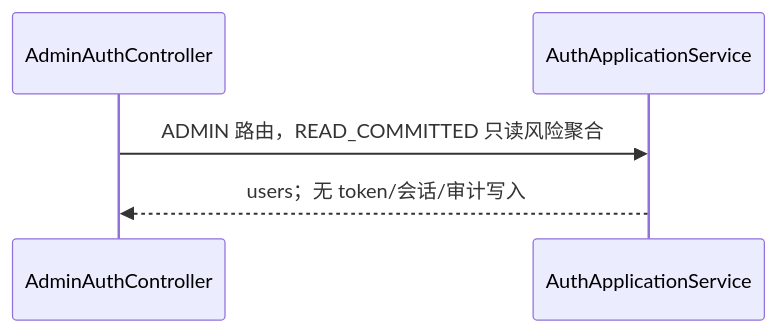
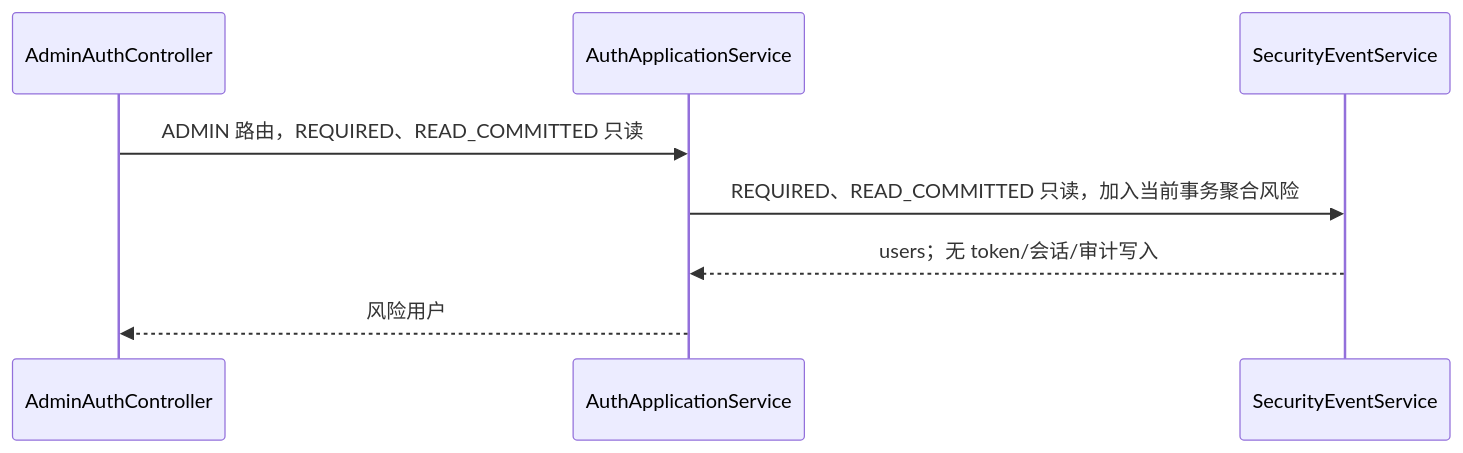
The eighth of 33 diagrams in docs/requirements/operations.md (Kylinlixd/suno), drawn with Mermaid before and after one commit. The commit also changed other lines of this file and 2 other files, not shown here.

Commit message:
docs: clarify identity and operations transaction flows

````diff
--- a/docs/requirements/operations.md
+++ b/docs/requirements/operations.md
@@ -74,7 +80,10 @@
 ```mermaid
 sequenceDiagram
   participant C as AdminAuthController#securityRiskUsersTop
   participant A as AuthApplicationService#adminSecurityRiskUsersTop
-  C->>A: ADMIN 路由，READ_COMMITTED 只读风险聚合
-  A-->>C: users；无 token/会话/审计写入
+  participant S as SecurityEventService#adminSecurityRiskUsersTop
+  C->>A: ADMIN 路由，REQUIRED、READ_COMMITTED 只读
+  A->>S: REQUIRED、READ_COMMITTED 只读，加入当前事务聚合风险
+  S-->>A: users；无 token/会话/审计写入
+  A-->>C: 风险用户
 ```
````
